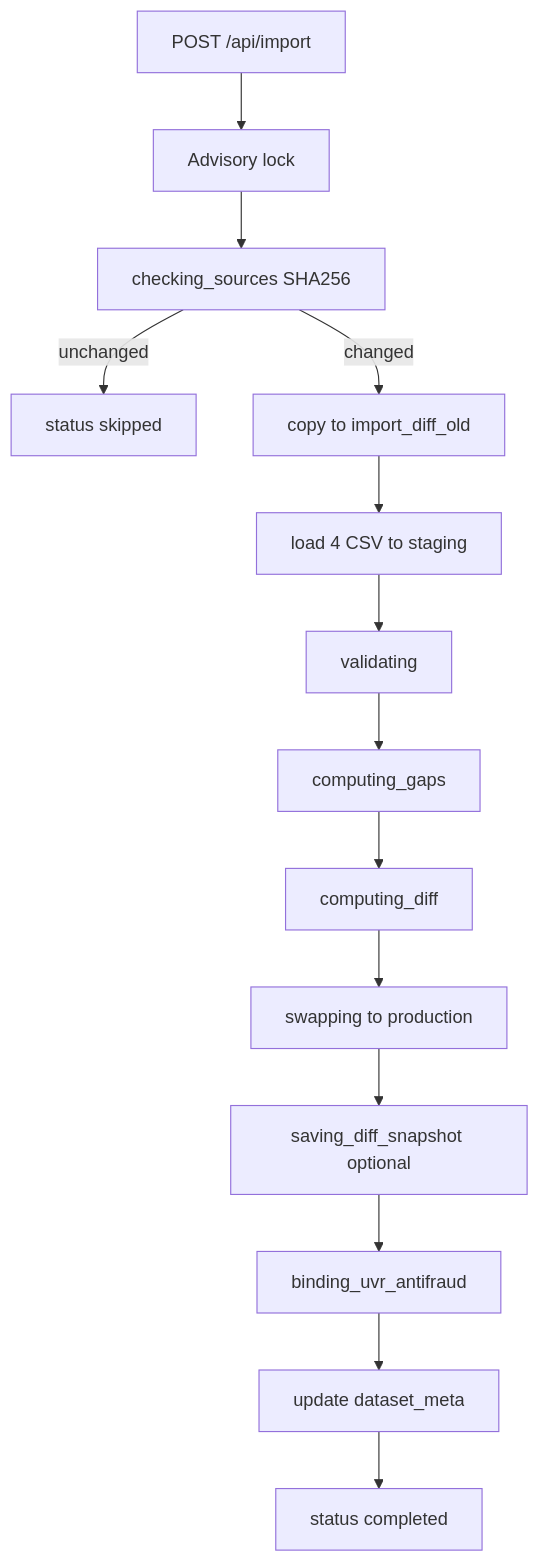
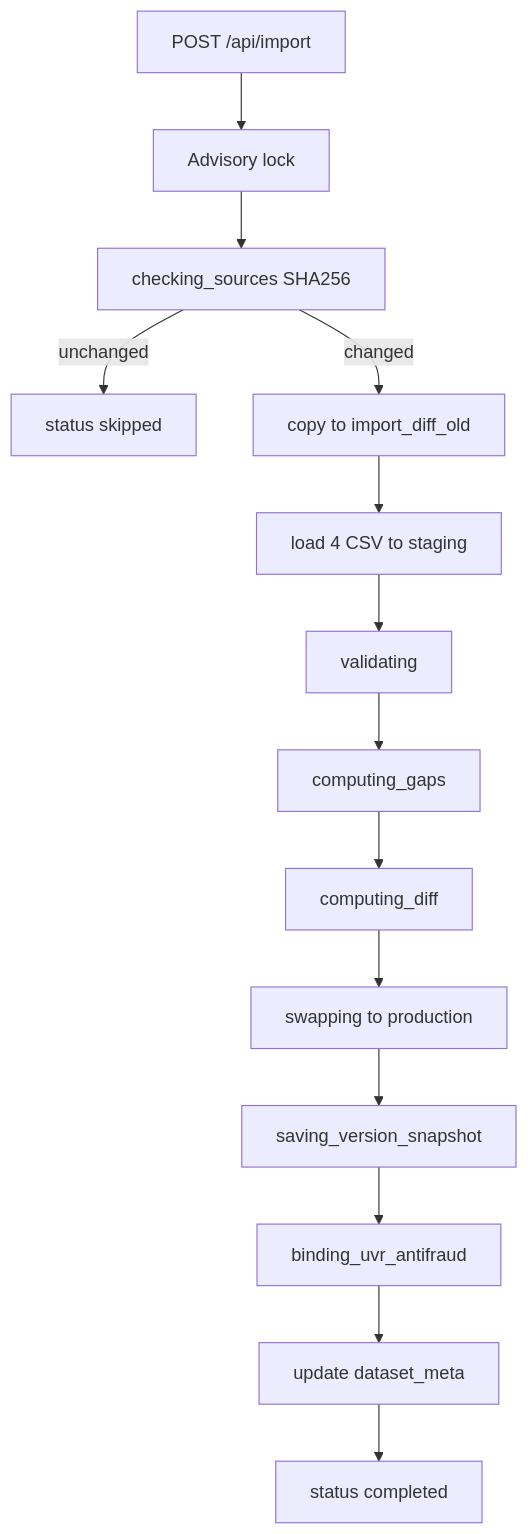
One commit to finenumbers/pstn changed the second of 2 diagrams in docs/import-and-datasets.md. Above: the diagram before and after it, drawn with Mermaid. The commit also changed other lines of this file and 55 other files, not shown here.

````diff
--- a/docs/import-and-datasets.md
+++ b/docs/import-and-datasets.md
@@ -73,16 +74,16 @@
 ```mermaid
 flowchart TD
   start[POST /api/import] --> lock[Advisory lock]
   lock --> hash[checking_sources SHA256]
   hash -->|unchanged| skip[status skipped]
   hash -->|changed| copy[copy to import_diff_old]
   copy --> load[load 4 CSV to staging]
   load --> val[validating]
   val --> gaps[computing_gaps]
   gaps --> diff[computing_diff]
   diff --> swap[swapping to production]
-  swap --> snap[saving_diff_snapshot optional]
+  swap --> snap[saving_version_snapshot]
   snap --> uvr[binding_uvr_antifraud]
   uvr --> meta[update dataset_meta]
   meta --> done[status completed]
 ```
````
